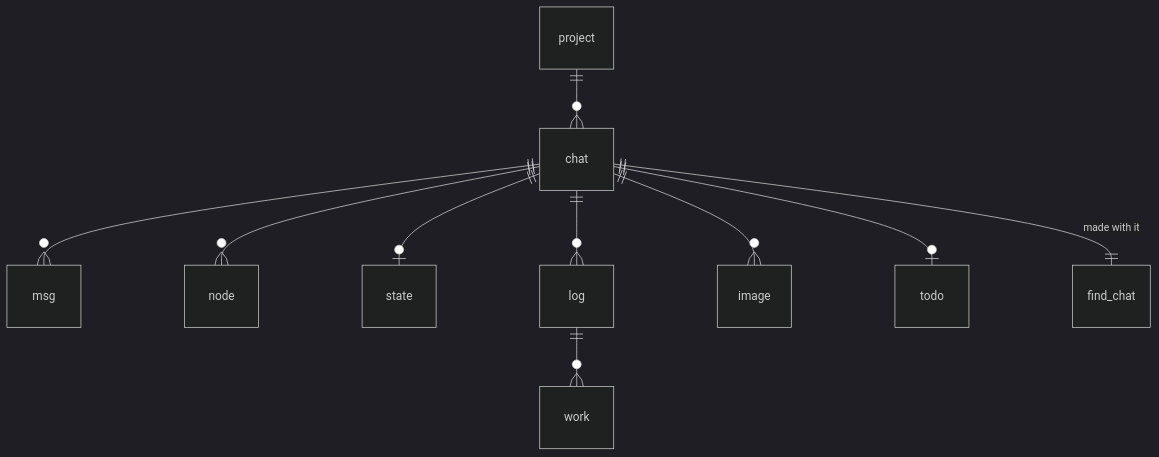
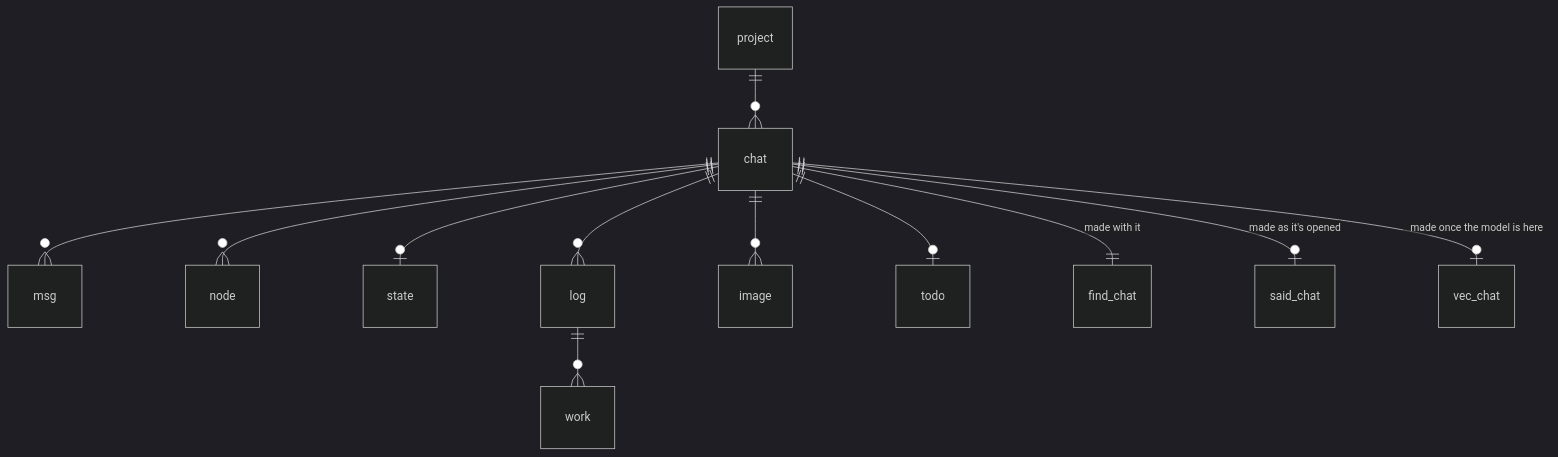
The first of 3 diagrams in docs/storage.md (4our4ace/illimitable-chat), drawn with Mermaid (dark theme) before and after one commit. The commit also changed other lines of this file and 24 other files, not shown here.

````diff
--- a/docs/storage.md
+++ b/docs/storage.md
@@ -131,12 +152,14 @@
 ```mermaid
 erDiagram
   project ||--o{ chat : ""
   chat ||--o{ msg : ""
   chat ||--o{ node : ""
   chat ||--o| state : ""
   chat ||--o{ log : ""
   log ||--o{ work : ""
   chat ||--o{ image : ""
   chat ||--o| todo : ""
   chat ||--|| find_chat : "made with it"
+  chat ||--o| said_chat : "made as it's opened"
+  chat ||--o| vec_chat : "made once the model is here"
 ```
````
